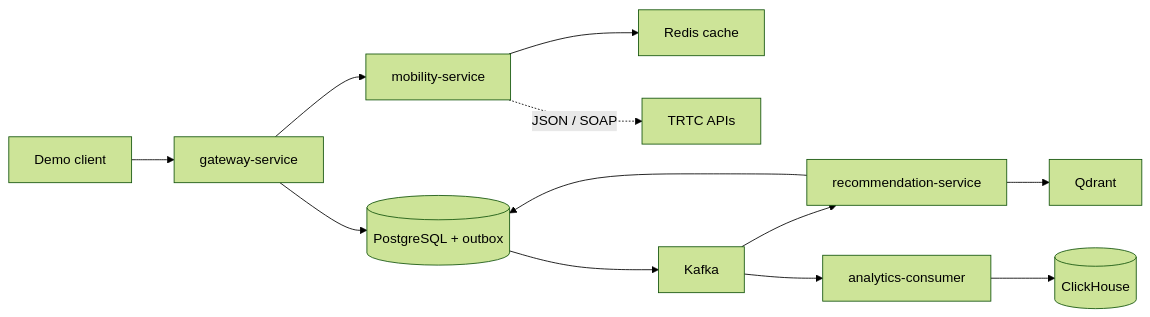
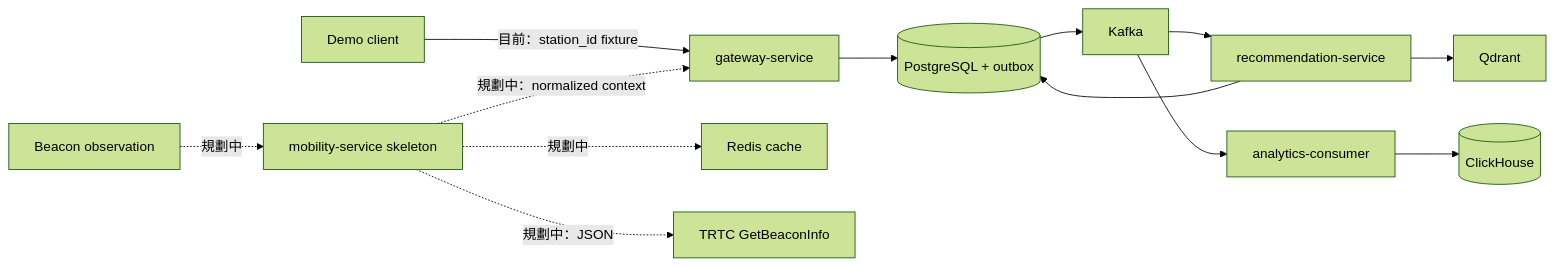
Before and after one commit to HiIamJeff67/spacetime-node: the diagram in .github/ARCHITECTURE.md, drawn with Mermaid (forest theme). The commit also changed other lines of this file and 93 other files, not shown here.

````diff
--- a/.github/ARCHITECTURE.md
+++ b/.github/ARCHITECTURE.md
@@ -35,14 +39,15 @@
 ```mermaid
 flowchart LR
-    D["Demo client"] --> G["gateway-service"]
-    G --> M["mobility-service"]
-    M --> C["Redis cache"]
-    M -. "JSON / SOAP" .-> T["TRTC APIs"]
+    D["Demo client"] -->|"目前：station_id fixture"| G["gateway-service"]
+    B["Beacon observation"] -. "規劃中" .-> M["mobility-service skeleton"]
+    M -. "規劃中：normalized context" .-> G
+    M -. "規劃中" .-> C["Redis cache"]
+    M -. "規劃中：JSON" .-> T["TRTC GetBeaconInfo"]
     G --> P[("PostgreSQL + outbox")]
     P --> K["Kafka"]
     K --> R["recommendation-service"]
     R --> Q["Qdrant"]
     R --> P
     K --> A["analytics-consumer"]
     A --> H[("ClickHouse")]
 ```
````
